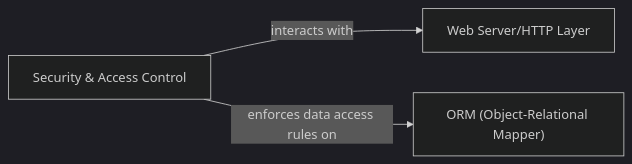
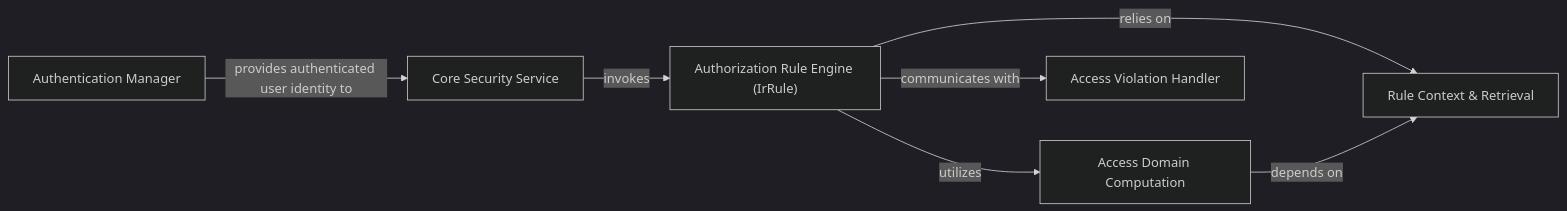
One commit to CodeBoarding/GeneratedOnBoardings changed the diagram in odoo/Security_Access_Control.md. Above: the diagram before and after it, drawn with Mermaid (dark theme). The commit also changed other lines of this file and 12 other files, not shown here.

````diff
--- a/odoo/Security_Access_Control.md
+++ b/odoo/Security_Access_Control.md
@@ -1,9 +1,15 @@
 ```mermaid
 graph LR
-    Security_Access_Control["Security & Access Control"]
-    Web_Server_HTTP_Layer["Web Server/HTTP Layer"]
-    ORM_Object_Relational_Mapper_["ORM (Object-Relational Mapper)"]
-    Security_Access_Control -- "interacts with" --> Web_Server_HTTP_Layer
-    Security_Access_Control -- "enforces data access rules on" --> ORM_Object_Relational_Mapper_
-    click Security_Access_Control href "https://github.com/CodeBoarding/GeneratedOnBoardings/blob/main/odoo/Security_Access_Control.md" "Details"
+    Authentication_Manager["Authentication Manager"]
+    Core_Security_Service["Core Security Service"]
+    Authorization_Rule_Engine_IrRule_["Authorization Rule Engine (IrRule)"]
+    Rule_Context_Retrieval["Rule Context & Retrieval"]
+    Access_Domain_Computation["Access Domain Computation"]
+    Access_Violation_Handler["Access Violation Handler"]
+    Authentication_Manager -- "provides authenticated user identity to" --> Core_Security_Service
+    Core_Security_Service -- "invokes" --> Authorization_Rule_Engine_IrRule_
+    Authorization_Rule_Engine_IrRule_ -- "relies on" --> Rule_Context_Retrieval
+    Authorization_Rule_Engine_IrRule_ -- "utilizes" --> Access_Domain_Computation
+    Authorization_Rule_Engine_IrRule_ -- "communicates with" --> Access_Violation_Handler
+    Access_Domain_Computation -- "depends on" --> Rule_Context_Retrieval
 ```
````
